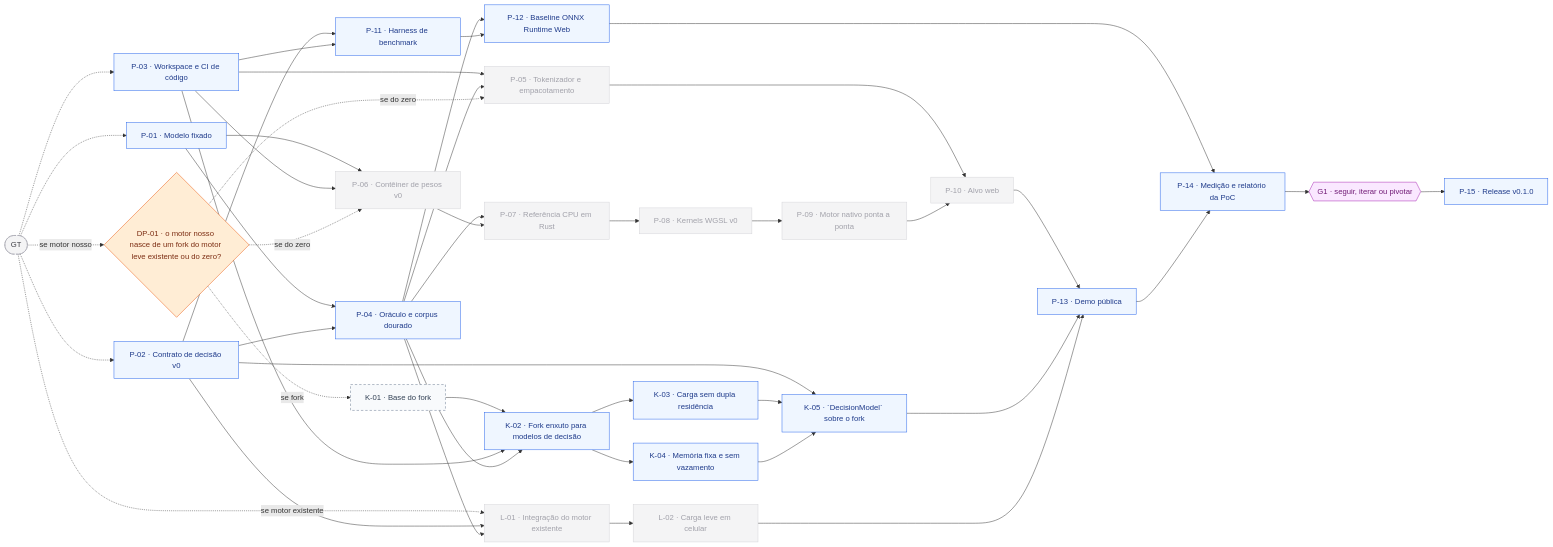
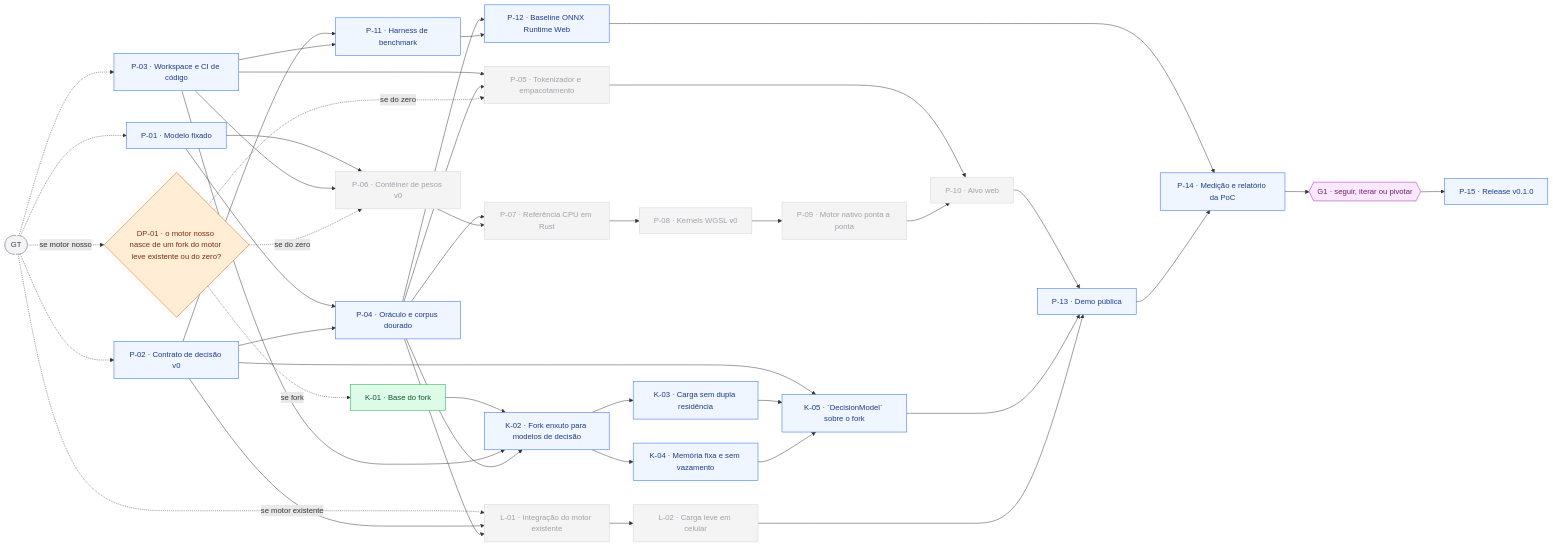
One commit to frederico-kluser/som-webcore changed the fourth of 10 diagrams in ROADMAP.md. Above: the diagram before and after it, drawn with Mermaid. The commit also changed other lines of this file and 3 other files, not shown here.

First line of the commit message:
docs(fork): base do fork do motor leve e auditoria de memória (K-01) (#36)

````diff
--- a/ROADMAP.md
+++ b/ROADMAP.md
@@ -1095,78 +1095,78 @@
 ```mermaid
 flowchart LR
     GT(["GT"]):::ext
     P01["P-01 · Modelo fixado"]:::todo
     P02["P-02 · Contrato de decisão v0"]:::todo
     P03["P-03 · Workspace e CI de código"]:::todo
     DP01{"DP-01 · o motor nosso nasce de um fork do motor leve existente ou do zero?"}:::fork
     P04["P-04 · Oráculo e corpus dourado"]:::todo
     P11["P-11 · Harness de benchmark"]:::todo
     P06["P-06 · Contêiner de pesos v0"]:::off
-    K01["K-01 · Base do fork"]:::opt
+    K01["K-01 · Base do fork"]:::done
     P05["P-05 · Tokenizador e empacotamento"]:::off
     L01["L-01 · Integração do motor existente"]:::off
     P12["P-12 · Baseline ONNX Runtime Web"]:::todo
     P07["P-07 · Referência CPU em Rust"]:::off
     K02["K-02 · Fork enxuto para modelos de decisão"]:::todo
     L02["L-02 · Carga leve em celular"]:::off
     P08["P-08 · Kernels WGSL v0"]:::off
     K03["K-03 · Carga sem dupla residência"]:::todo
     K04["K-04 · Memória fixa e sem vazamento"]:::todo
     P09["P-09 · Motor nativo ponta a ponta"]:::off
     K05["K-05 · `DecisionModel` sobre o fork"]:::todo
     P10["P-10 · Alvo web"]:::off
     P13["P-13 · Demo pública"]:::todo
     P14["P-14 · Medição e relatório da PoC"]:::todo
     G1{{"G1 · seguir, iterar ou pivotar"}}:::gate
     P15["P-15 · Release v0.1.0"]:::todo
     GT -.-> P01
     GT -.-> P02
     GT -.-> P03
     GT -.->|"se motor nosso"| DP01
     P01 --> P04
     P02 --> P04
     P02 --> P11
     P03 --> P11
     P01 --> P06
     P03 --> P06
     DP01 -.->|"se do zero"| P06
     DP01 -.->|"se fork"| K01
     P03 --> P05
     P04 --> P05
     DP01 -.->|"se do zero"| P05
     GT -.->|"se motor existente"| L01
     P02 --> L01
     P04 --> L01
     P04 --> P12
     P11 --> P12
     P04 --> P07
     P06 --> P07
     K01 --> K02
     P03 --> K02
     P04 --> K02
     L01 --> L02
     P07 --> P08
     K02 --> K03
     K02 --> K04
     P08 --> P09
     P02 --> K05
     K03 --> K05
     K04 --> K05
     P05 --> P10
     P09 --> P10
     P10 --> P13
     K05 --> P13
     L02 --> P13
     P12 --> P14
     P13 --> P14
     P14 --> G1
     G1 --> P15
     classDef done fill:#dcfce7,stroke:#16a34a,color:#14532d;
     classDef doing fill:#fef9c3,stroke:#ca8a04,color:#713f12;
     classDef todo fill:#eff6ff,stroke:#2563eb,color:#1e3a8a;
     classDef gate fill:#fae8ff,stroke:#a21caf,color:#701a75;
     classDef fork fill:#ffedd5,stroke:#ea580c,color:#7c2d12;
     classDef opt fill:#f8fafc,stroke:#64748b,color:#334155,stroke-dasharray: 5 4;
     classDef off fill:#f4f4f5,stroke:#d4d4d8,color:#a1a1aa;
     classDef ext fill:#f4f4f5,stroke:#a1a1aa,color:#3f3f46,stroke-dasharray: 4 3;
 ```
````
